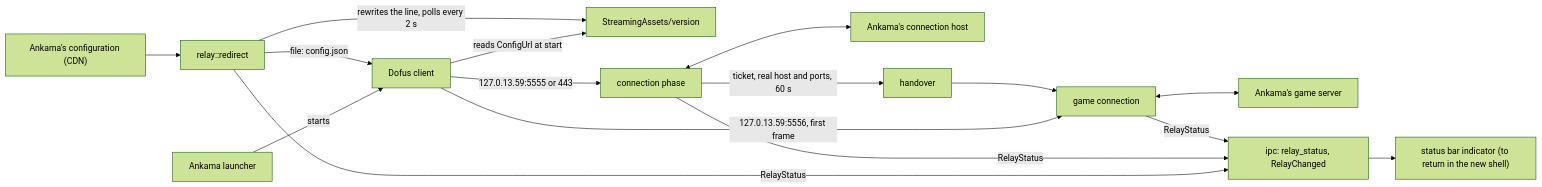
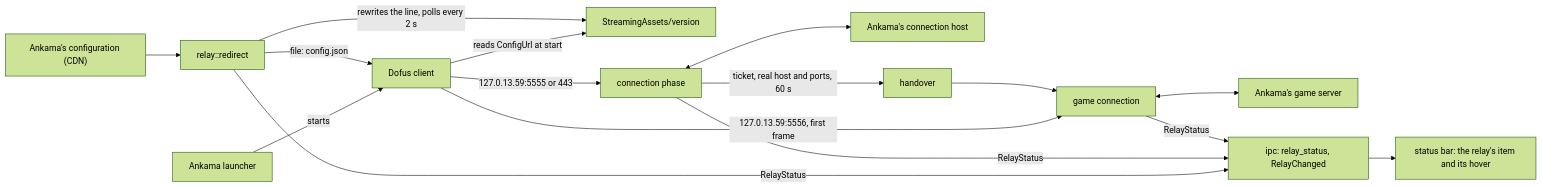
The diagram in docs/relay.md (AerafalDev/D3B), drawn with Mermaid (forest theme) before and after one commit. The commit also changed other lines of this file and 16 other files, not shown here.

First line of the commit message:
feat(relay): the relay's item in the status bar, with its hover

````diff
--- a/docs/relay.md
+++ b/docs/relay.md
@@ -8,15 +8,15 @@
 ```mermaid
 flowchart LR
     launcher["Ankama launcher"] -->|starts| client["Dofus client"]
     client -->|reads ConfigUrl at start| version["StreamingAssets/version"]
     redirect["relay::redirect"] -->|"rewrites the line, polls every 2 s"| version
     cdn["Ankama's configuration (CDN)"] --> redirect
     redirect -->|"file: config.json"| client
     client -->|"127.0.13.59:5555 or 443"| phase["connection phase"]
     phase <--> host["Ankama's connection host"]
     phase -->|"ticket, real host and ports, 60 s"| handover["handover"]
     client -->|"127.0.13.59:5556, first frame"| game["game connection"]
     handover --> game
     game <--> server["Ankama's game server"]
-    redirect & phase & game -->|RelayStatus| ipc["ipc: relay_status, RelayChanged"] --> bar["status bar indicator (to return in the new shell)"]
+    redirect & phase & game -->|RelayStatus| ipc["ipc: relay_status, RelayChanged"] --> bar["status bar: the relay's item and its hover"]
 ```
````
